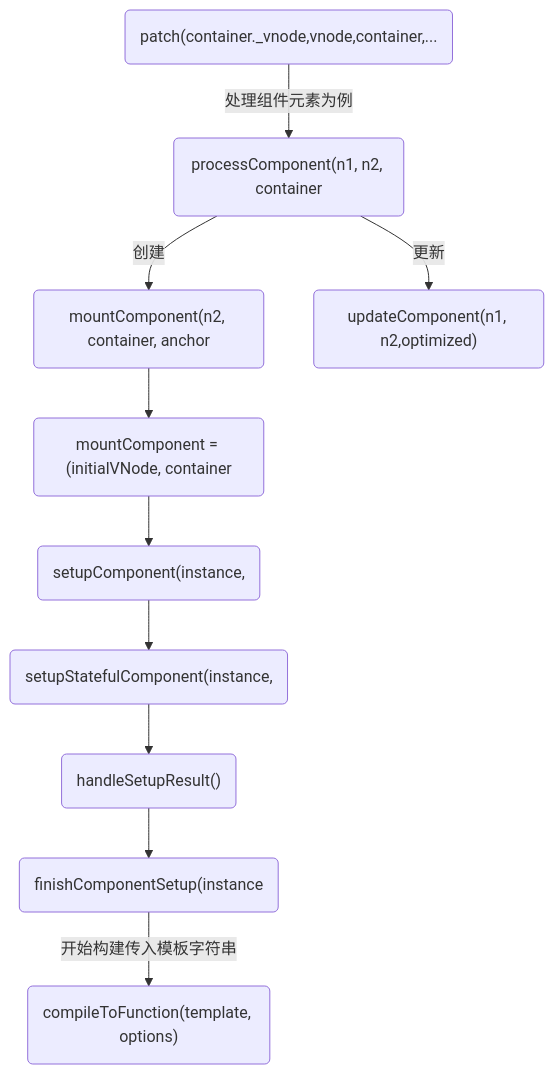
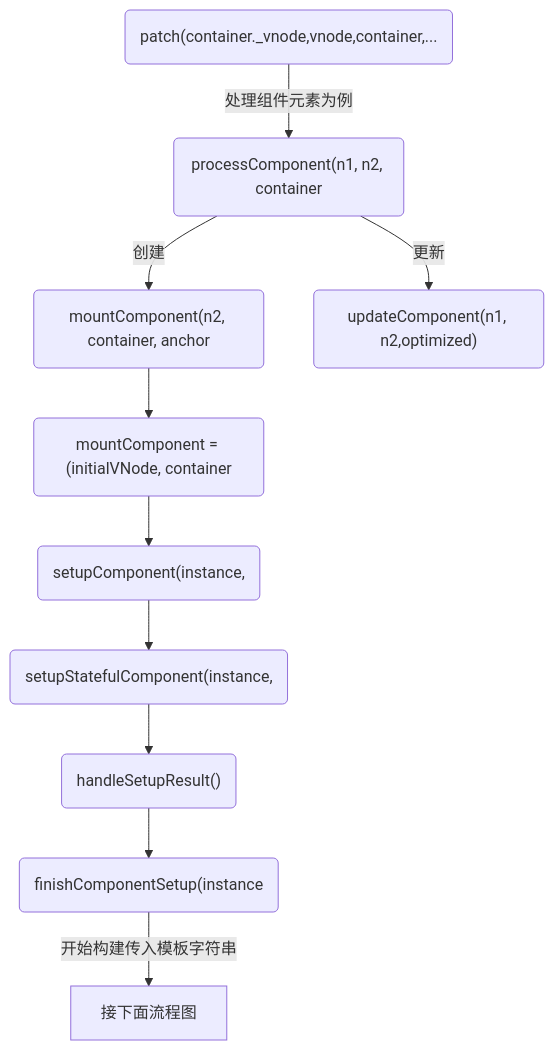
One commit to huiruo/programming-tech-website changed the first of 5 diagrams in programming-tech/Vue/01-baseCompile生成ast-静态提升-vnode-patch.md. Above: the diagram before and after it, drawn with Mermaid. The commit also changed other lines of this file and 15 other files, not shown here.

````diff
--- a/programming-tech/Vue/01-baseCompile生成ast-静态提升-vnode-patch.md
+++ b/programming-tech/Vue/01-baseCompile生成ast-静态提升-vnode-patch.md
@@ -105,11 +65,11 @@
 ```mermaid
 flowchart TD
 A1("patch(container._vnode,vnode,container,...")--处理组件元素为例-->A2("processComponent(n1, n2, container")
 
 A2--创建-->b6("mountComponent(n2, container, anchor")-->A-2
 A2--更新-->b7("updateComponent(n1, n2,optimized)")
 
 A-2("mountComponent = (initialVNode, container")-->A-1("setupComponent(instance,")-->B0("setupStatefulComponent(instance,")-->B1("handleSetupResult()")-->B2("finishComponentSetup(instance")
 
-B2--开始构建传入模板字符串-->B3("compileToFunction(template, options)")
+B2--开始构建传入模板字符串-->接下面流程图
 ```
````
